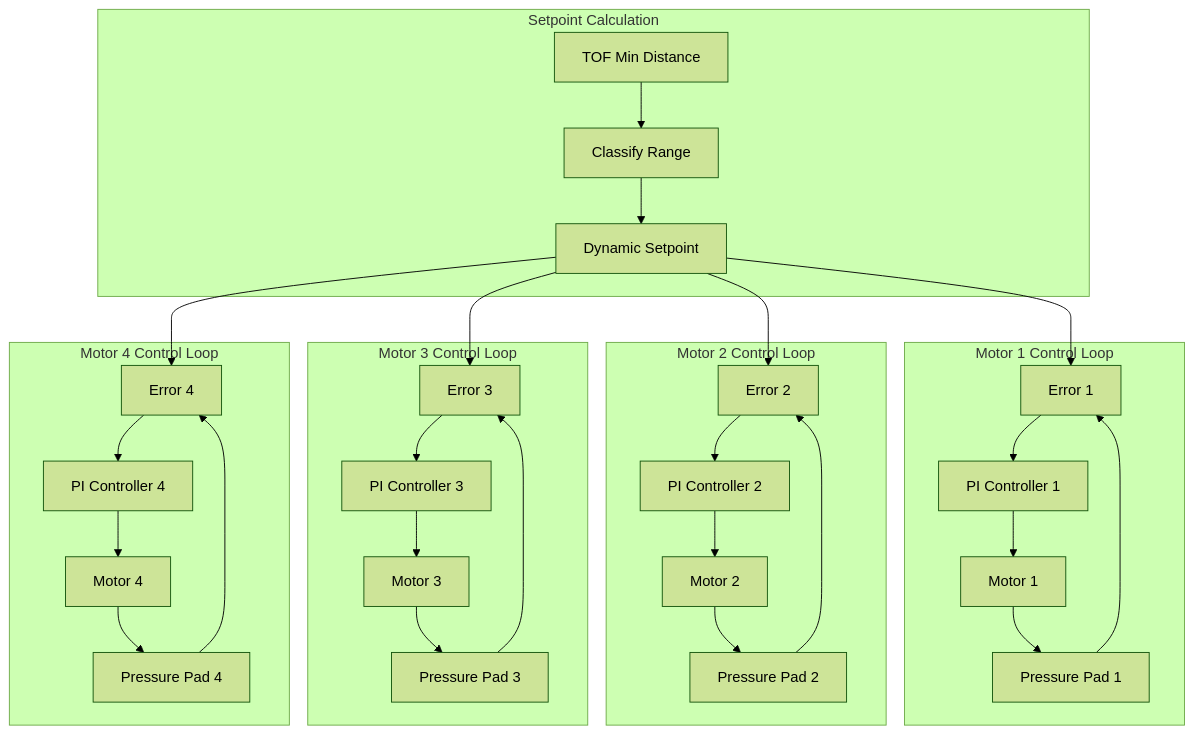
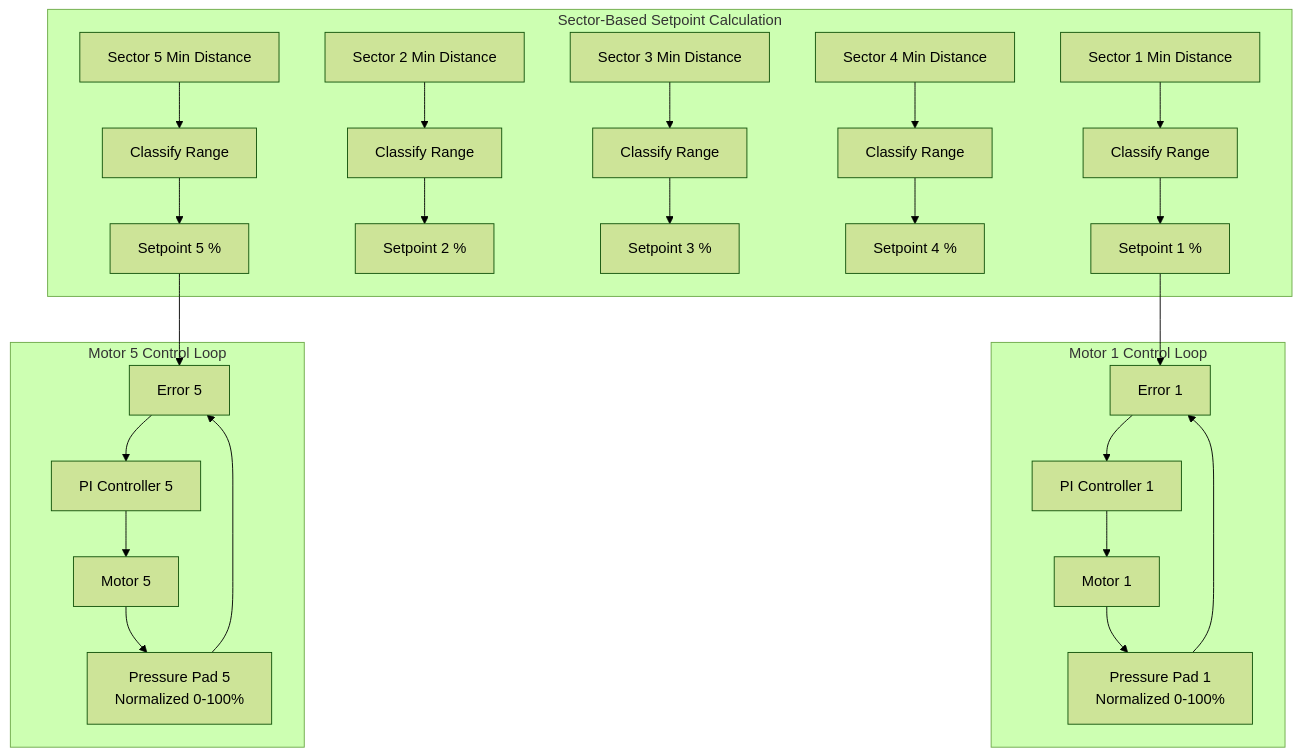
One commit to raseone19/ME-410 changed the first of 3 diagrams in docs/control-system.md. Above: the diagram before and after it, drawn with Mermaid (forest theme). The commit also changed other lines of this file and 57 other files, not shown here.

````diff
--- a/docs/control-system.md
+++ b/docs/control-system.md
@@ -20,39 +20,31 @@
 ```mermaid
 graph TD
-    subgraph "Setpoint Calculation"
-        TOF[TOF Min Distance] --> Range[Classify Range]
-        Range --> Setpoint[Dynamic Setpoint]
+    subgraph "Sector-Based Setpoint Calculation"
+        TOF1[Sector 1 Min Distance] --> Range1[Classify Range]
+        TOF2[Sector 2 Min Distance] --> Range2[Classify Range]
+        TOF3[Sector 3 Min Distance] --> Range3[Classify Range]
+        TOF4[Sector 4 Min Distance] --> Range4[Classify Range]
+        TOF5[Sector 5 Min Distance] --> Range5[Classify Range]
+        Range1 --> Setpoint1[Setpoint 1 %]
+        Range2 --> Setpoint2[Setpoint 2 %]
+        Range3 --> Setpoint3[Setpoint 3 %]
+        Range4 --> Setpoint4[Setpoint 4 %]
+        Range5 --> Setpoint5[Setpoint 5 %]
     end
 
     subgraph "Motor 1 Control Loop"
-        Setpoint --> E1[Error 1]
-        PP1[Pressure Pad 1] --> E1
+        Setpoint1 --> E1[Error 1]
+        PP1[Pressure Pad 1<br/>Normalized 0-100%] --> E1
         E1 --> PI1[PI Controller 1]
         PI1 --> M1[Motor 1]
         M1 --> PP1
     end
 
-    subgraph "Motor 2 Control Loop"
-        Setpoint --> E2[Error 2]
-        PP2[Pressure Pad 2] --> E2
-        E2 --> PI2[PI Controller 2]
-        PI2 --> M2[Motor 2]
-        M2 --> PP2
-    end
-
-    subgraph "Motor 3 Control Loop"
-        Setpoint --> E3[Error 3]
-        PP3[Pressure Pad 3] --> E3
-        E3 --> PI3[PI Controller 3]
-        PI3 --> M3[Motor 3]
-        M3 --> PP3
-    end
-
-    subgraph "Motor 4 Control Loop"
-        Setpoint --> E4[Error 4]
-        PP4[Pressure Pad 4] --> E4
-        E4 --> PI4[PI Controller 4]
-        PI4 --> M4[Motor 4]
-        M4 --> PP4
+    subgraph "Motor 5 Control Loop"
+        Setpoint5 --> E5[Error 5]
+        PP5[Pressure Pad 5<br/>Normalized 0-100%] --> E5
+        E5 --> PI5[PI Controller 5]
+        PI5 --> M5[Motor 5]
+        M5 --> PP5
     end
 ```
````
